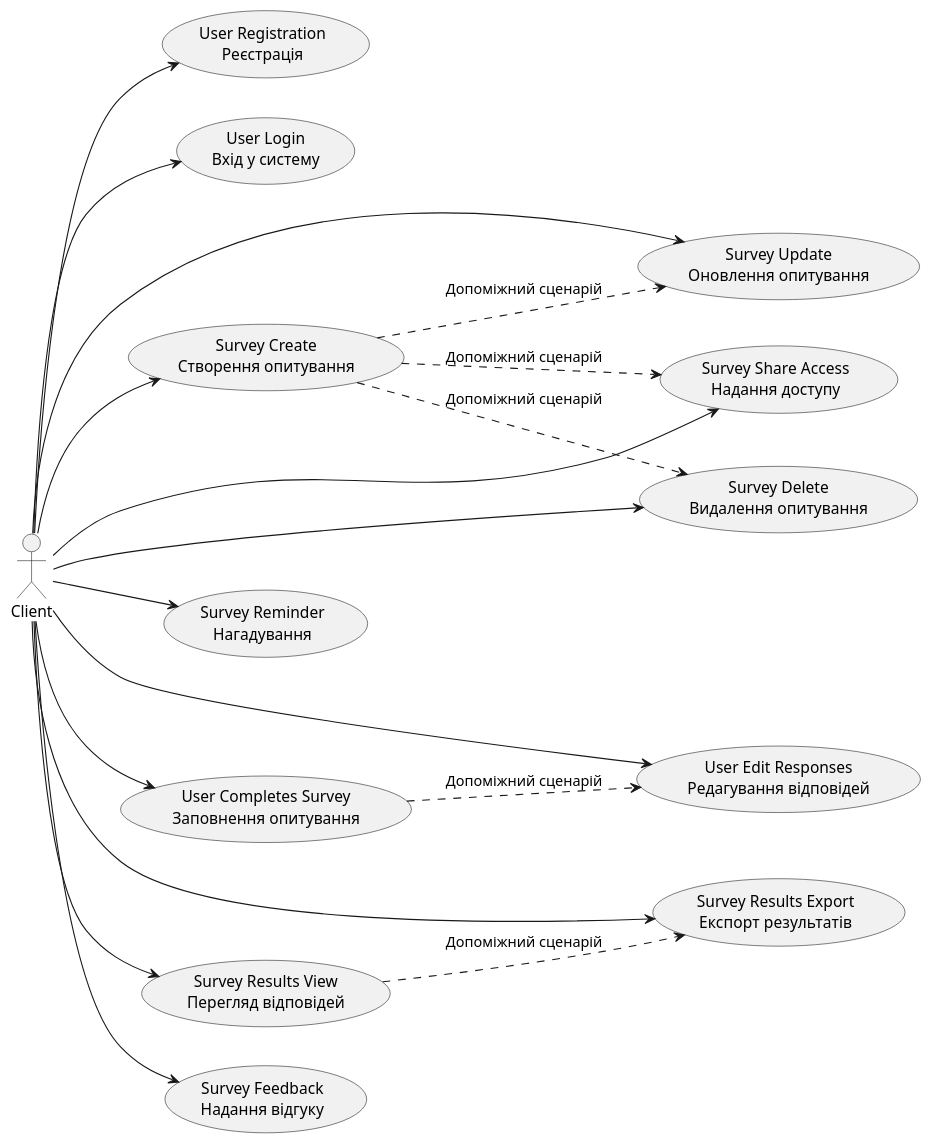
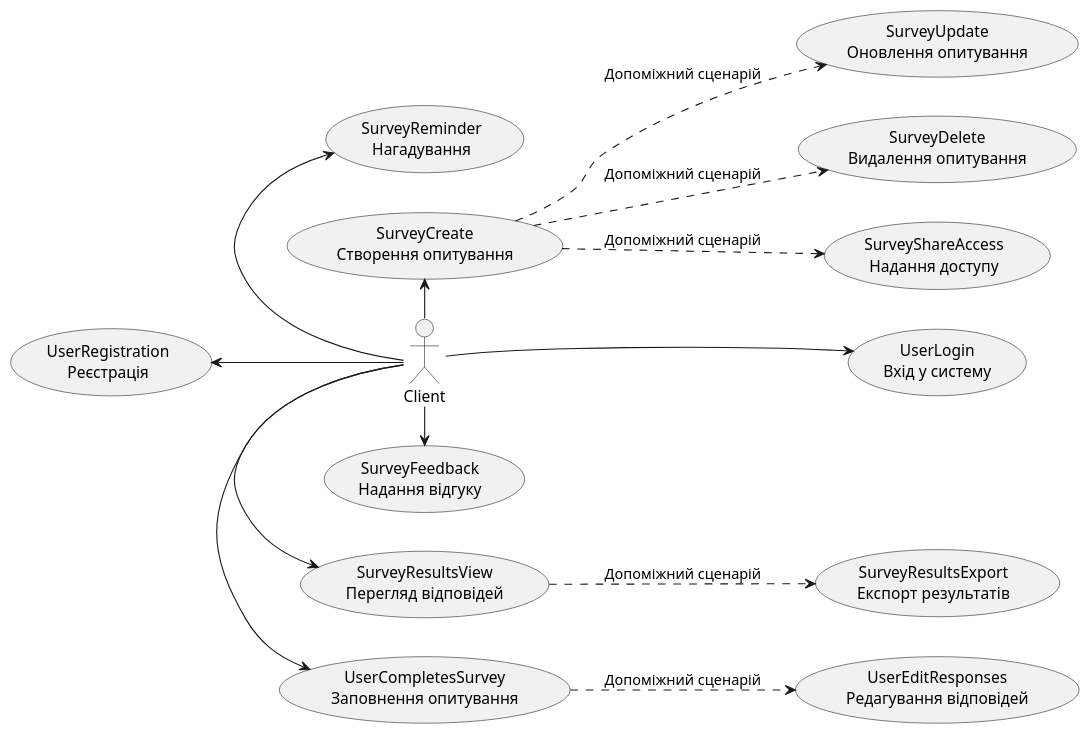
The second of 3 diagrams in docs/use cases/README.md (TockePie/db_labs), drawn with PlantUML before and after one commit.

Commit message:
#23 edit README.md

```diff
--- a/docs/use cases/README.md
+++ b/docs/use cases/README.md
@@ -47,48 +47,40 @@
 @startuml
 
     left to right direction
 
     actor Client
 
-    ' Група: Реєстрація та автентифікація
-    usecase "User Registration\nРеєстрація" as URegister
-    usecase "User Login\nВхід у систему" as ULogin
+    usecase "UserRegistration\nРеєстрація" as URegister
+    usecase "UserLogin\nВхід у систему" as ULogin
 
-    ' Група: Управління опитуваннями
-    usecase "Survey Create\nСтворення опитування" as SCreate
-    usecase "Survey Update\nОновлення опитування" as SUpdate
-    usecase "Survey Delete\nВидалення опитування" as SDelete
-    usecase "Survey Share Access\nНадання доступу" as SShare
-    usecase "Survey Reminder\nНагадування" as SReminder
+    usecase "SurveyCreate\nСтворення опитування" as SCreate
+    usecase "SurveyUpdate\nОновлення опитування" as SUpdate
+    usecase "SurveyDelete\nВидалення опитування" as SDelete
+    usecase "SurveyShareAccess\nНадання доступу" as SShare
+    usecase "SurveyReminder\nНагадування" as SReminder
 
-    ' Група: Проходження опитування та перегляд результатів
-    usecase "User Completes Survey\nЗаповнення опитування" as SComplete
-    usecase "User Edit Responses\nРедагування відповідей" as SEdit
-    usecase "Survey Results View\nПерегляд відповідей" as SView
-    usecase "Survey Results Export\nЕкспорт результатів" as SExport
-    usecase "Survey Feedback\nНадання відгуку" as SFeedback
+    usecase "UserCompletesSurvey\nЗаповнення опитування" as SComplete
+    usecase "UserEditResponses\nРедагування відповідей" as SEdit
+    usecase "SurveyResultsView\nПерегляд відповідей" as SView
+    usecase "SurveyResultsExport\nЕкспорт результатів" as SExport
+    usecase "SurveyFeedback\nНадання відгуку" as SFeedback
 
-    ' Підключення користувача до основних дій
-    Client --> URegister
-    Client --> ULogin
+    Client -[hidden]-> ULogin
 
-    Client --> SCreate
-    Client --> SUpdate
-    Client --> SDelete
-    Client --> SShare
-    Client --> SReminder
+    Client -u-> URegister
+    Client -u-> ULogin
 
-    Client --> SComplete
-    Client --> SEdit
-    Client --> SView
-    Client --> SExport
-    Client --> SFeedback
+    Client -l-> SCreate
+    Client -l-> SReminder
 
-    ' Допоміжні сценарії
+    Client -r-> SComplete
+    Client -r-> SView
+    Client -r-> SFeedback
+
     SView ..> SExport : "Допоміжний сценарій"
     SComplete ..> SEdit : "Допоміжний сценарій"
     SCreate ..> SShare : "Допоміжний сценарій"
     SCreate ..> SUpdate : "Допоміжний сценарій"
     SCreate ..> SDelete : "Допоміжний сценарій"
 
 @enduml
```
